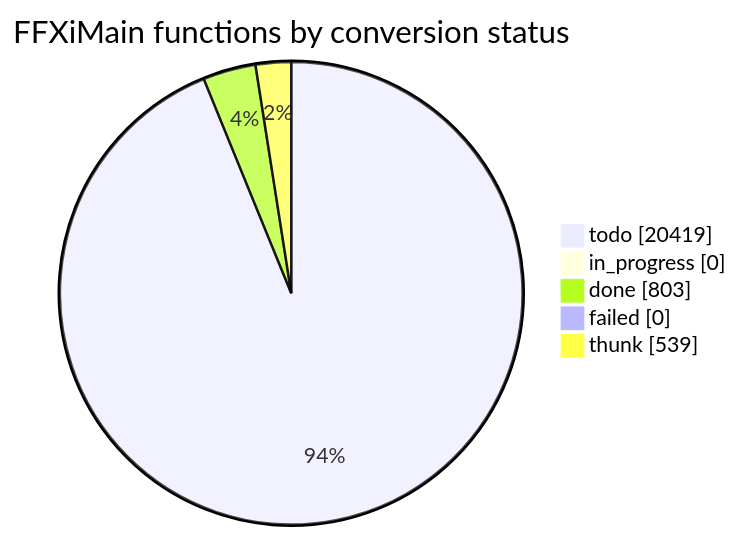
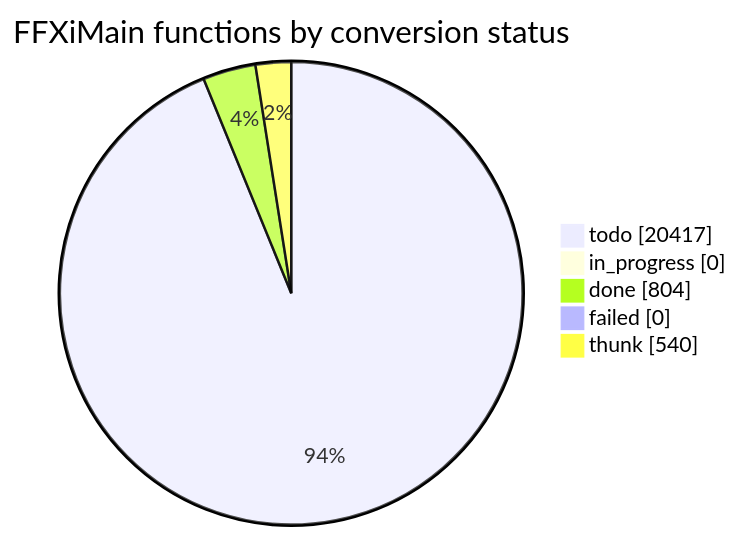
Before and after one commit to cowrevenge/cow_kuluu_xi_anything: the diagram in docs/cow/STATUS.md, drawn with Mermaid. The commit also changed other lines of this file and 9 other files, not shown here.

````diff
--- a/docs/cow/STATUS.md
+++ b/docs/cow/STATUS.md
@@ -18,9 +18,9 @@
 ```mermaid
 pie showData
     title FFXiMain functions by conversion status
-    "todo" : 20419
+    "todo" : 20417
     "in_progress" : 0
-    "done" : 803
+    "done" : 804
     "failed" : 0
-    "thunk" : 539
+    "thunk" : 540
 ```
````
